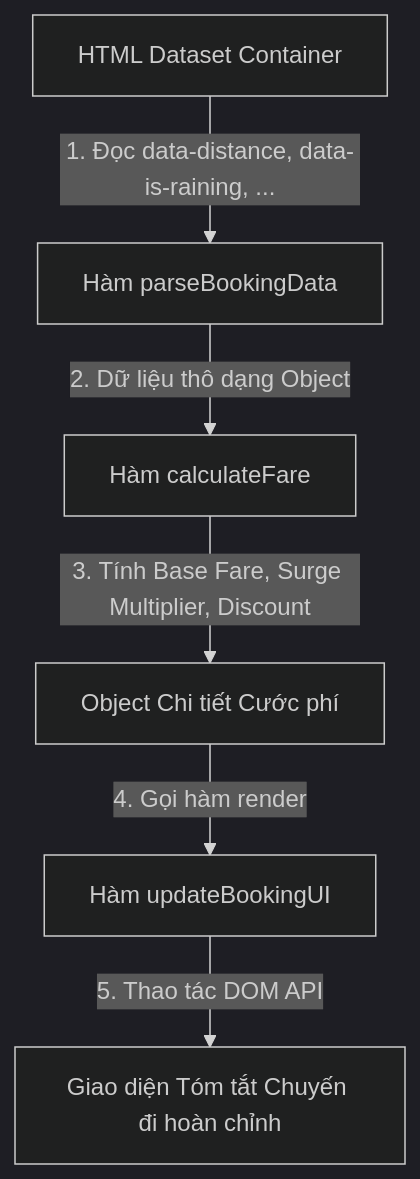
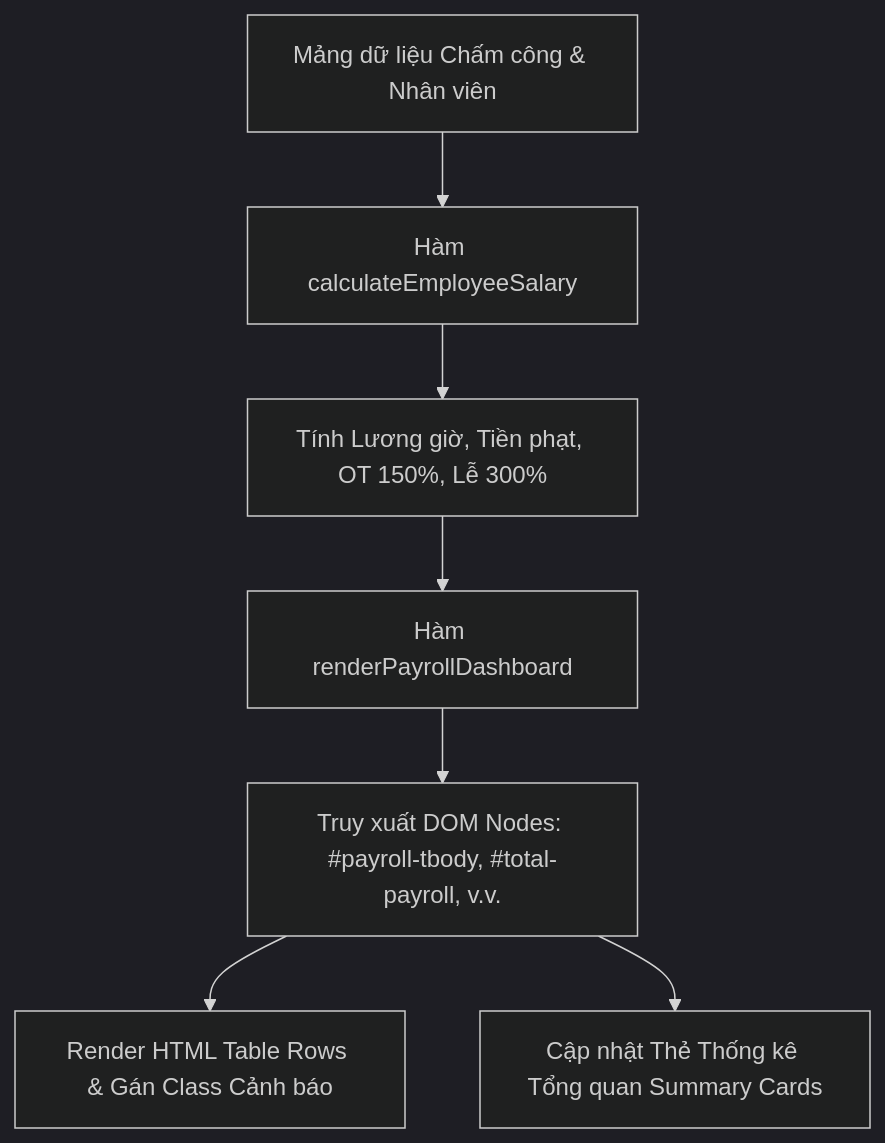
Before and after one commit to ngoquy12/learning_material: the diagram in output/pms/Phát_triển_ứng_dụng_web/Session 17 - Tương tác DOM API (Document Object Model)- Truy xuất và Thay đổi Nội dung/Bài tập/bai_tap_7.md, drawn with Mermaid (dark theme). The commit also changed other lines of this file and 116 other files, not shown here.

Commit message:
fix(homework): standardize 15-exercise Bloom suite naming convention, add synthesis/mindmap exercises, clean legacy stubs, and integrate HomeworkReviewerAgent

````diff
--- a/output/pms/Phát_triển_ứng_dụng_web/Session 17 - Tương tác DOM API (Document Object Model)- Truy xuất và Thay đổi Nội dung/Bài tập/bai_tap_7.md
+++ b/output/pms/Phát_triển_ứng_dụng_web/Session 17 - Tương tác DOM API (Document Object Model)- Truy xuất và Thay đổi Nội dung/Bài tập/bai_tap_7.md
@@ -18,8 +14,9 @@
 ```mermaid
-flowchart TD
-    A[HTML Dataset Container] -->|1. Đọc data-distance, data-is-raining, ...| B[Hàm parseBookingData]
-    B -->|2. Dữ liệu thô dạng Object| C[Hàm calculateFare]
-    C -->|3. Tính Base Fare, Surge Multiplier, Discount| D[Object Chi tiết Cước phí]
-    D -->|4. Gọi hàm render| E[Hàm updateBookingUI]
-    E -->|5. Thao tác DOM API| F[Giao diện Tóm tắt Chuyến đi hoàn chỉnh]
+graph TD
+    A[Mảng dữ liệu Chấm công & Nhân viên] --> B[Hàm calculateEmployeeSalary]
+    B --> C[Tính Lương giờ, Tiền phạt, OT 150%, Lễ 300%]
+    C --> D[Hàm renderPayrollDashboard]
+    D --> E[Truy xuất DOM Nodes: #payroll-tbody, #total-payroll, v.v.]
+    E --> F[Render HTML Table Rows & Gán Class Cảnh báo]
+    E --> G[Cập nhật Thẻ Thống kê Tổng quan Summary Cards]
 ```
````
